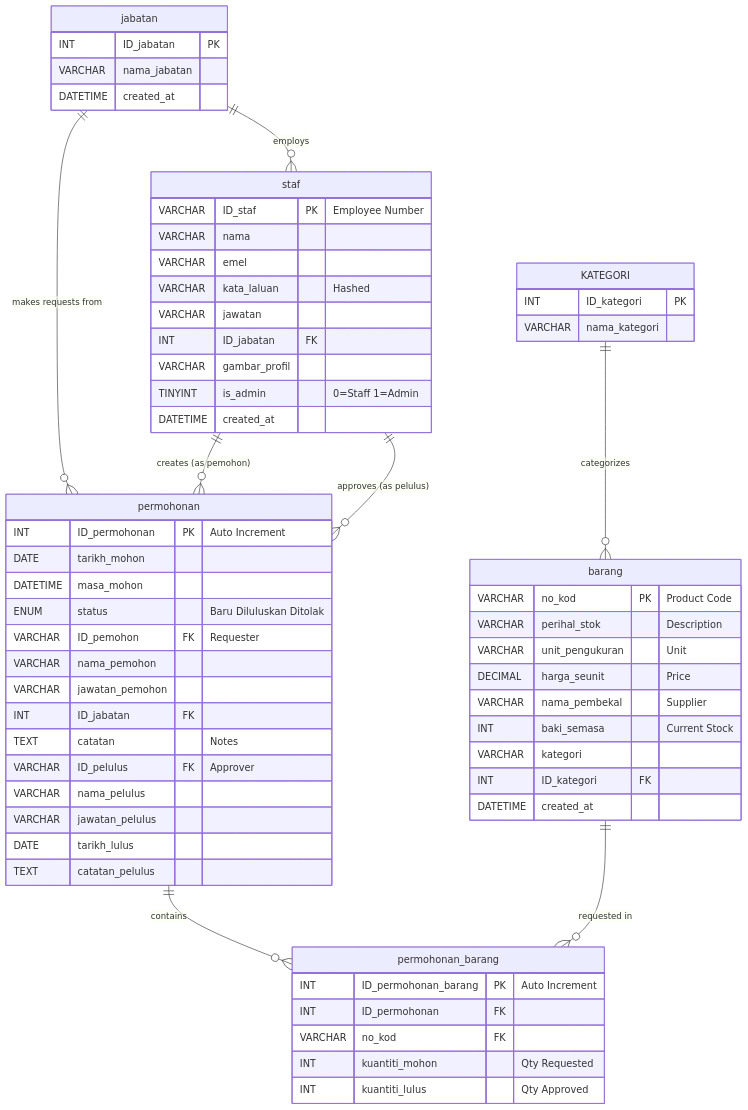
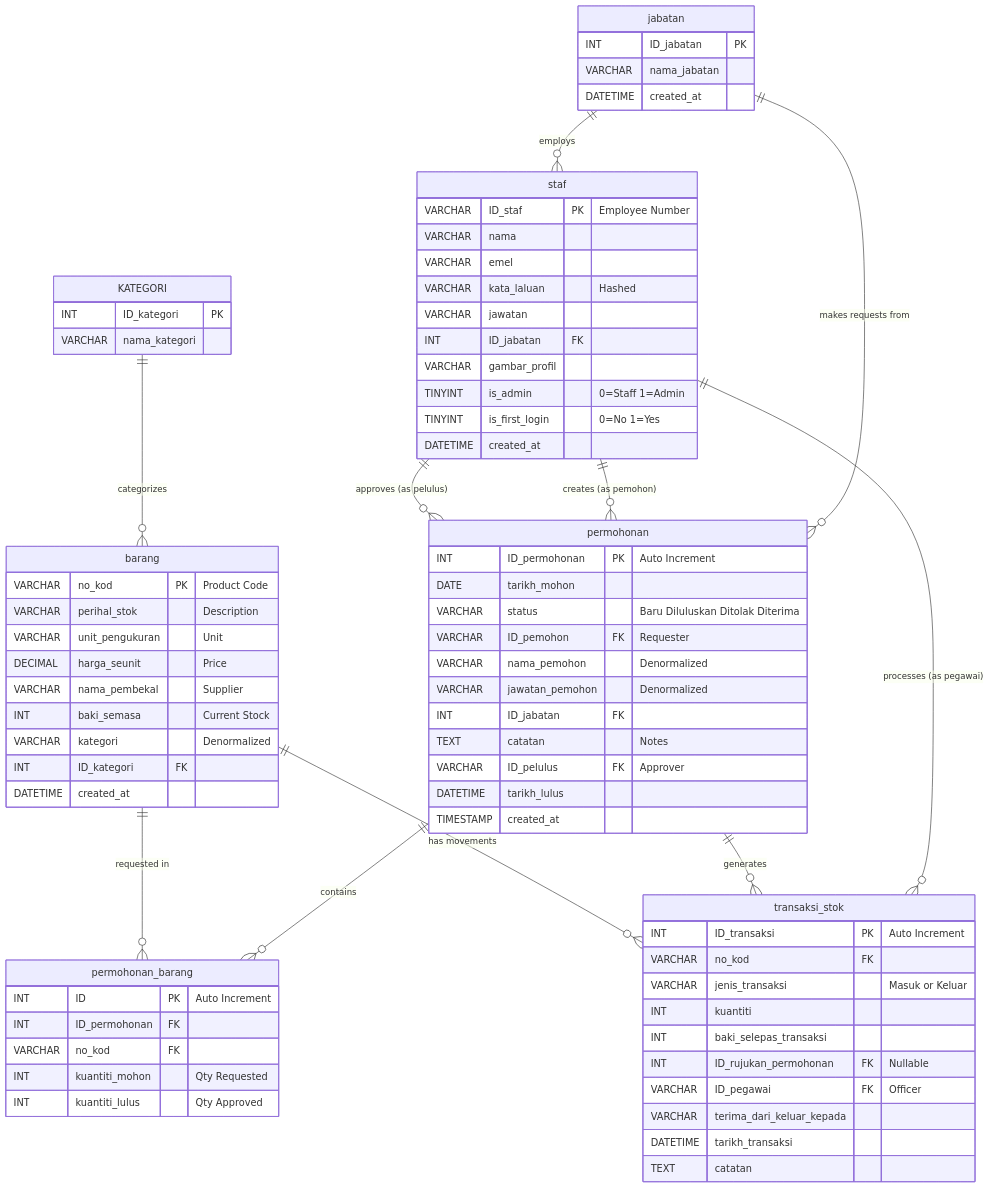
Before and after one commit to gible717/storeroom-system: the diagram in SYSTEM_ERD.md, drawn with Mermaid. The commit also changed other lines of this file and 26 other files, not shown here.

First line of the commit message:
feat: Optimize database schema with cleanup and FK constraints

````diff
--- a/SYSTEM_ERD.md
+++ b/SYSTEM_ERD.md
@@ -124,10 +144,13 @@
 
     staf ||--o{ permohonan : "creates (as pemohon)"
     staf ||--o{ permohonan : "approves (as pelulus)"
+    staf ||--o{ transaksi_stok : "processes (as pegawai)"
 
     permohonan ||--o{ permohonan_barang : "contains"
+    permohonan ||--o{ transaksi_stok : "generates"
 
     barang ||--o{ permohonan_barang : "requested in"
+    barang ||--o{ transaksi_stok : "has movements"
 
     KATEGORI ||--o{ barang : "categorizes"
 
@@ -146,6 +169,7 @@
         INT ID_jabatan FK
         VARCHAR gambar_profil
         TINYINT is_admin "0=Staff 1=Admin"
+        TINYINT is_first_login "0=No 1=Yes"
         DATETIME created_at
     }
 
@@ -156,7 +180,7 @@
         DECIMAL harga_seunit "Price"
         VARCHAR nama_pembekal "Supplier"
         INT baki_semasa "Current Stock"
-        VARCHAR kategori
+        VARCHAR kategori "Denormalized"
         INT ID_kategori FK
         DATETIME created_at
     }
@@ -169,25 +193,35 @@
     permohonan {
         INT ID_permohonan PK "Auto Increment"
         DATE tarikh_mohon
-        DATETIME masa_mohon
-        ENUM status "Baru Diluluskan Ditolak"
+        VARCHAR status "Baru Diluluskan Ditolak Diterima"
         VARCHAR ID_pemohon FK "Requester"
-        VARCHAR nama_pemohon
-        VARCHAR jawatan_pemohon
+        VARCHAR nama_pemohon "Denormalized"
+        VARCHAR jawatan_pemohon "Denormalized"
         INT ID_jabatan FK
         TEXT catatan "Notes"
         VARCHAR ID_pelulus FK "Approver"
-        VARCHAR nama_pelulus
-        VARCHAR jawatan_pelulus
-        DATE tarikh_lulus
-        TEXT catatan_pelulus
+        DATETIME tarikh_lulus
+        TIMESTAMP created_at
     }
 
     permohonan_barang {
-        INT ID_permohonan_barang PK "Auto Increment"
+        INT ID PK "Auto Increment"
         INT ID_permohonan FK
         VARCHAR no_kod FK
         INT kuantiti_mohon "Qty Requested"
         INT kuantiti_lulus "Qty Approved"
     }
+
+    transaksi_stok {
+        INT ID_transaksi PK "Auto Increment"
+        VARCHAR no_kod FK
+        VARCHAR jenis_transaksi "Masuk or Keluar"
+        INT kuantiti
+        INT baki_selepas_transaksi
+        INT ID_rujukan_permohonan FK "Nullable"
+        VARCHAR ID_pegawai FK "Officer"
+        VARCHAR terima_dari_keluar_kepada
+        DATETIME tarikh_transaksi
+        TEXT catatan
+    }
 ```
````
